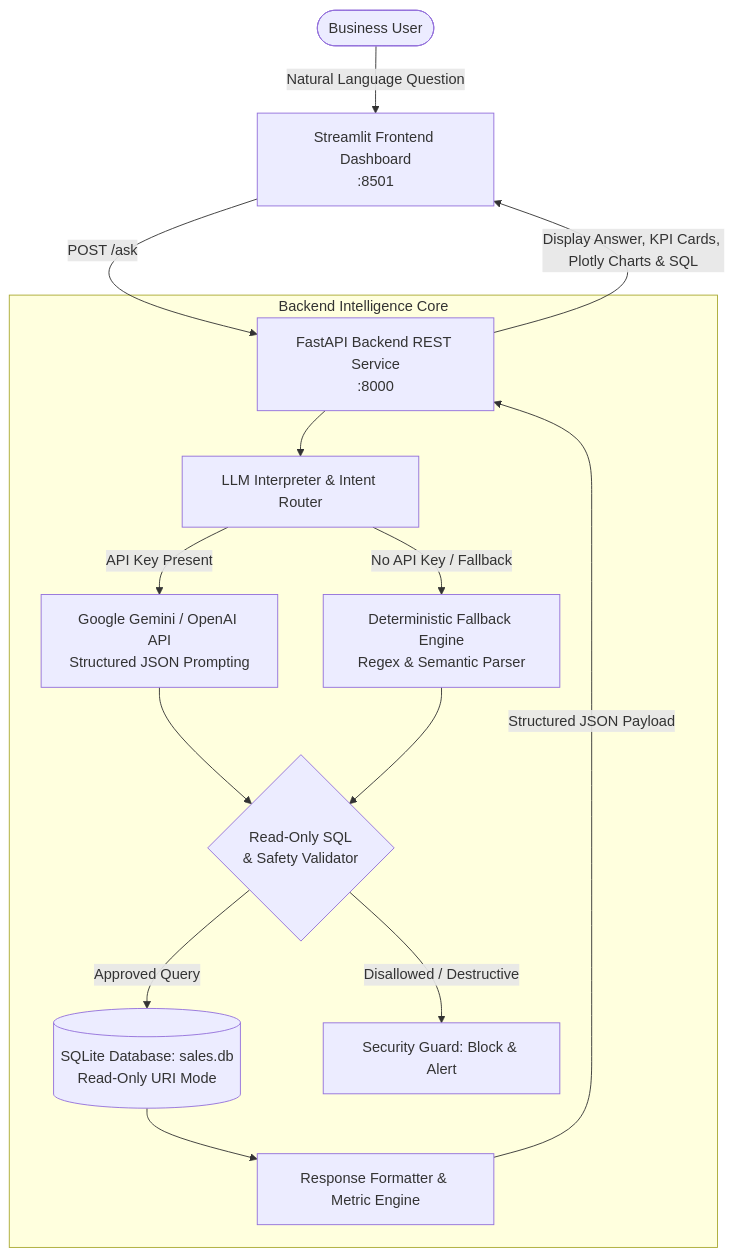
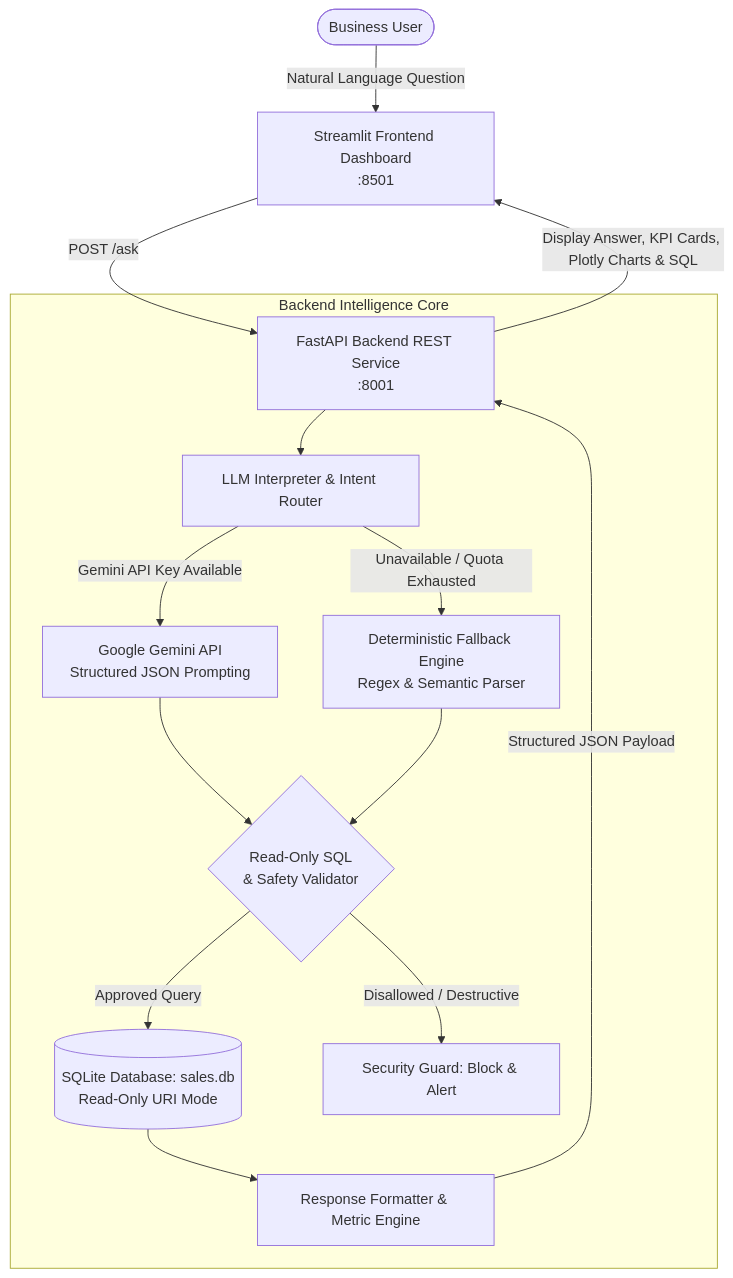
The diagram in README.md (Harikasangepu/mini-ai-business-intelligence-assistant), drawn with Mermaid before and after one commit. The commit also changed other lines of this file and 6 other files, not shown here.

````diff
--- a/README.md
+++ b/README.md
@@ -10,22 +10,22 @@
 ```mermaid
 flowchart TD
     User([Business User]) -->|Natural Language Question| UI[Streamlit Frontend Dashboard\n:8501]
-    UI -->|POST /ask| API[FastAPI Backend REST Service\n:8000]
+    UI -->|POST /ask| API[FastAPI Backend REST Service\n:8001]
     
     subgraph "Backend Intelligence Core"
         API --> IntentRouter[LLM Interpreter & Intent Router]
-        IntentRouter -->|API Key Present| LLM[Google Gemini / OpenAI API\nStructured JSON Prompting]
-        IntentRouter -->|No API Key / Fallback| RuleEngine[Deterministic Fallback Engine\nRegex & Semantic Parser]
+        IntentRouter -->|Gemini API Key Available| LLM[Google Gemini API\nStructured JSON Prompting]
+        IntentRouter -->|Unavailable / Quota Exhausted| RuleEngine[Deterministic Fallback Engine\nRegex & Semantic Parser]
         
         LLM --> SafetyValidator{Read-Only SQL\n& Safety Validator}
         RuleEngine --> SafetyValidator
         
         SafetyValidator -->|Approved Query| SQLEngine[(SQLite Database: sales.db\nRead-Only URI Mode)]
         SafetyValidator -->|Disallowed / Destructive| GuardBlock[Security Guard: Block & Alert]
         
         SQLEngine --> Formatter[Response Formatter & Metric Engine]
     end
     
     Formatter -->|Structured JSON Payload| API
     API -->|Display Answer, KPI Cards, Plotly Charts & SQL| UI
 ```
````
